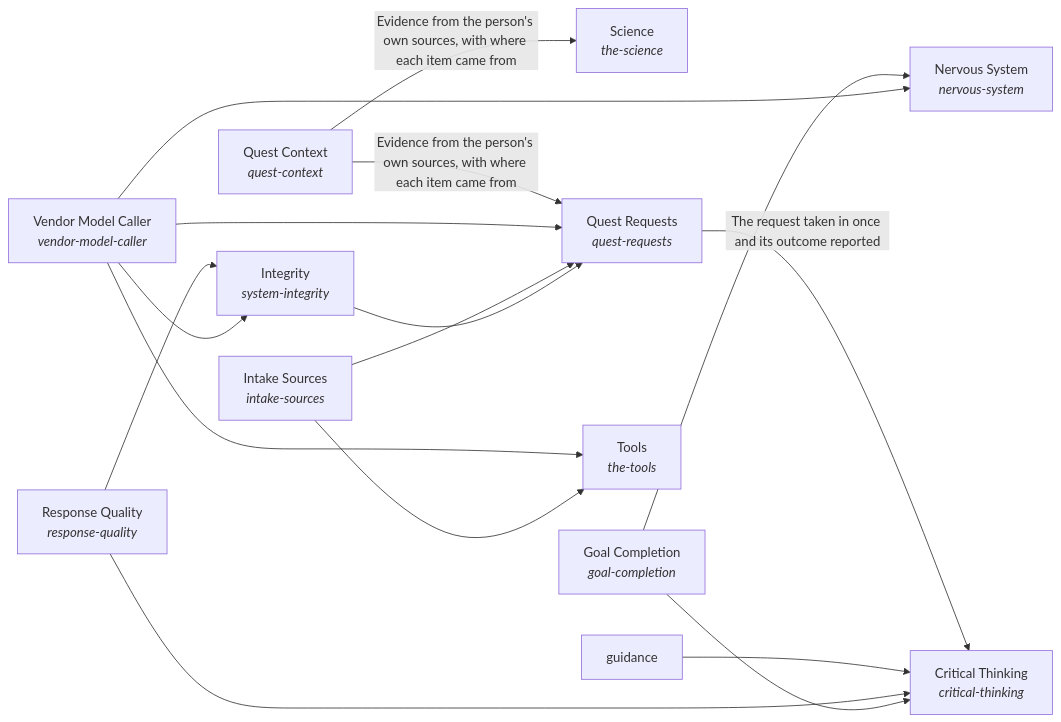
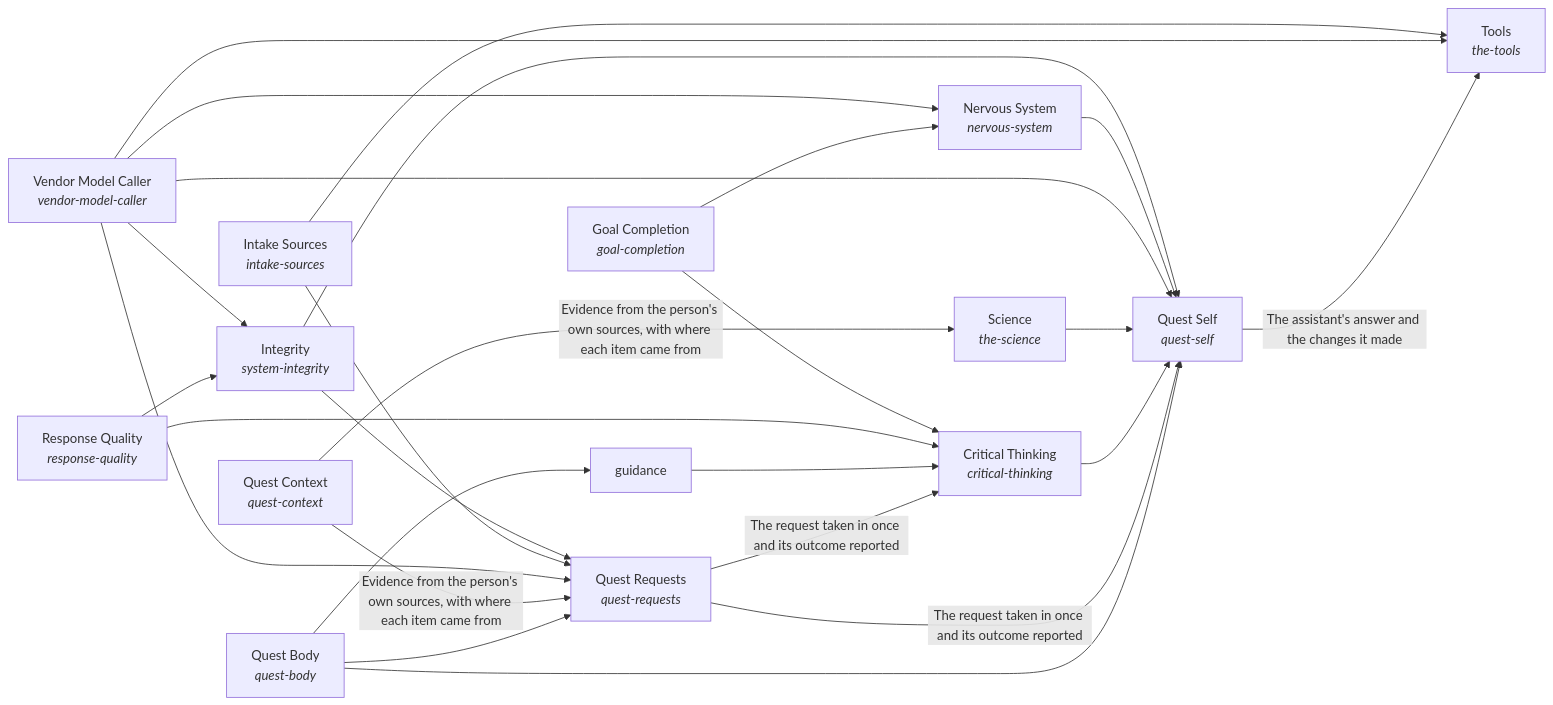
The diagram in esoi/README.md (SpiritualData/quest-ai-runner), drawn with Mermaid before and after one commit. The commit also changed other lines of this file and 17 other files, not shown here.

Commit message:
Regenerated READMEs, tracker and diagrams after the container hierarchy

````diff
--- a/esoi/README.md
+++ b/esoi/README.md
@@ -17,30 +17,42 @@
 ```mermaid
 flowchart LR
     s0["Integrity<br/><i>system-integrity</i>"]
     s1["Intake Sources<br/><i>intake-sources</i>"]
     s2["Nervous System<br/><i>nervous-system</i>"]
     s3["Vendor Model Caller<br/><i>vendor-model-caller</i>"]
     s4["Science<br/><i>the-science</i>"]
     s5["Critical Thinking<br/><i>critical-thinking</i>"]
     s6["Goal Completion<br/><i>goal-completion</i>"]
     s7["Response Quality<br/><i>response-quality</i>"]
     s8["guidance"]
     s9["Tools<br/><i>the-tools</i>"]
     s10["Quest Context<br/><i>quest-context</i>"]
     s11["Quest Requests<br/><i>quest-requests</i>"]
+    s12["Quest Self<br/><i>quest-self</i>"]
+    s13["Quest Body<br/><i>quest-body</i>"]
     s0 --> s11
+    s0 --> s12
     s1 --> s9
     s1 --> s11
+    s2 --> s12
     s3 --> s0
     s3 --> s2
     s3 --> s9
     s3 --> s11
+    s3 --> s12
+    s4 --> s12
+    s5 --> s12
     s6 --> s2
     s6 --> s5
     s7 --> s0
     s7 --> s5
     s8 --> s5
     s10 -->|"Evidence from the person's own sources, with where each item came from"| s4
     s10 -->|"Evidence from the person's own sources, with where each item came from"| s11
     s11 -->|"The request taken in once and its outcome reported"| s5
+    s11 -->|"The request taken in once and its outcome reported"| s12
+    s12 -->|"The assistant's answer and the changes it made"| s9
+    s13 --> s8
+    s13 --> s11
+    s13 --> s12
 ```
````
